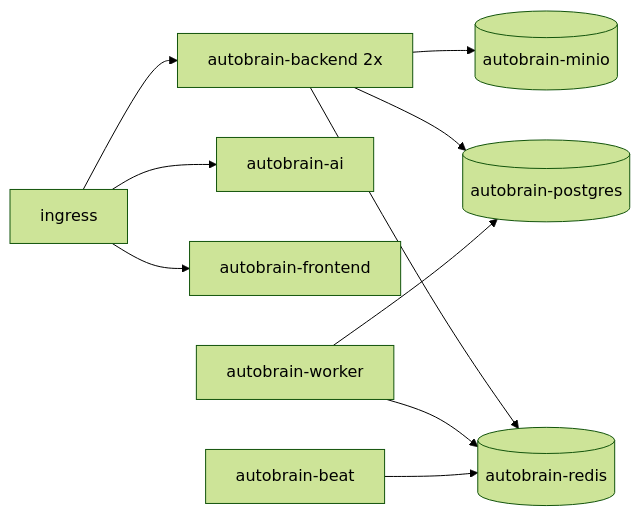
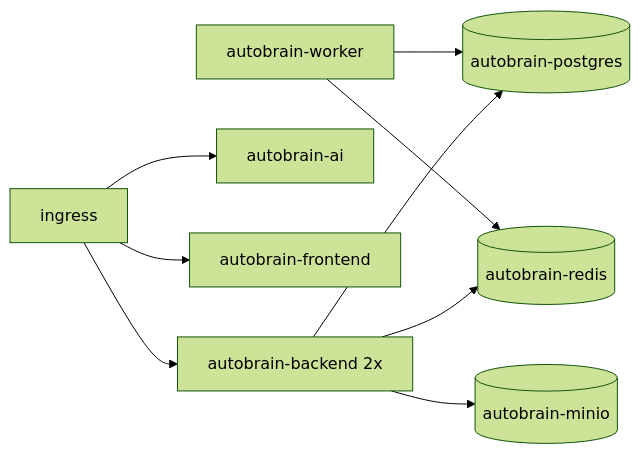
One commit to CannonFodder151/autobrain changed the fourth of 4 diagrams in docs/infrastructure-diagrams.md. Above: the diagram before and after it, drawn with Mermaid (forest theme). The commit also changed other lines of this file and 6 other files, not shown here.

````diff
--- a/docs/infrastructure-diagrams.md
+++ b/docs/infrastructure-diagrams.md
@@ -44,12 +44,11 @@
 ```mermaid
 graph LR
     Ingress[ingress] --> B2[autobrain-backend 2x]
     Ingress --> AI2[autobrain-ai]
     Ingress --> FE2[autobrain-frontend]
     B2 --> PG[(autobrain-postgres)]
     B2 --> RD[(autobrain-redis)]
     B2 --> MN[(autobrain-minio)]
     WorkerK[autobrain-worker] --> RD
     WorkerK --> PG
-    BeatK[autobrain-beat] --> RD
 ```
````
